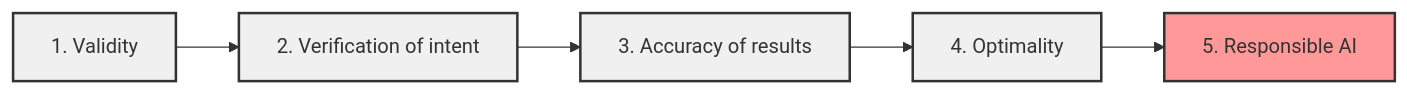
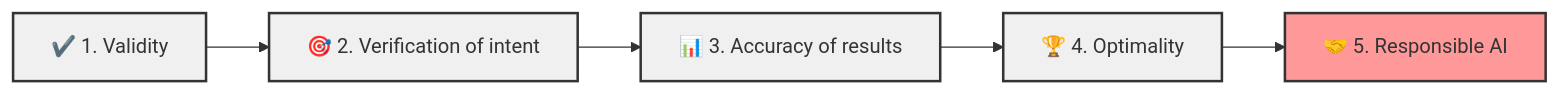
One commit to AaronCWacker/AzureModels4AI changed the second of 5 diagrams in Azure Cosmos DB Copilot.md. Above: the diagram before and after it, drawn with Mermaid. The commit also changed other lines of this file, not shown here.

````diff
--- a/Azure Cosmos DB Copilot.md
+++ b/Azure Cosmos DB Copilot.md
@@ -16,16 +15,16 @@
 ```mermaid
 graph LR
-    A[1. Validity]
-    B[2. Verification of intent]
-    C[3. Accuracy of results]
-    D[4. Optimality]
-    E[5. Responsible AI]
+    A[✔️ 1. Validity]
+    B[🎯 2. Verification of intent]
+    C[📊 3. Accuracy of results]
+    D[🏆 4. Optimality]
+    E[🤝 5. Responsible AI]
     
     A --> B --> C --> D --> E
     
     style A fill:#f0f0f0,stroke:#333,stroke-width:2px
     style B fill:#f0f0f0,stroke:#333,stroke-width:2px
     style C fill:#f0f0f0,stroke:#333,stroke-width:2px
     style D fill:#f0f0f0,stroke:#333,stroke-width:2px
     style E fill:#ff9999,stroke:#333,stroke-width:2px
 ```
````
